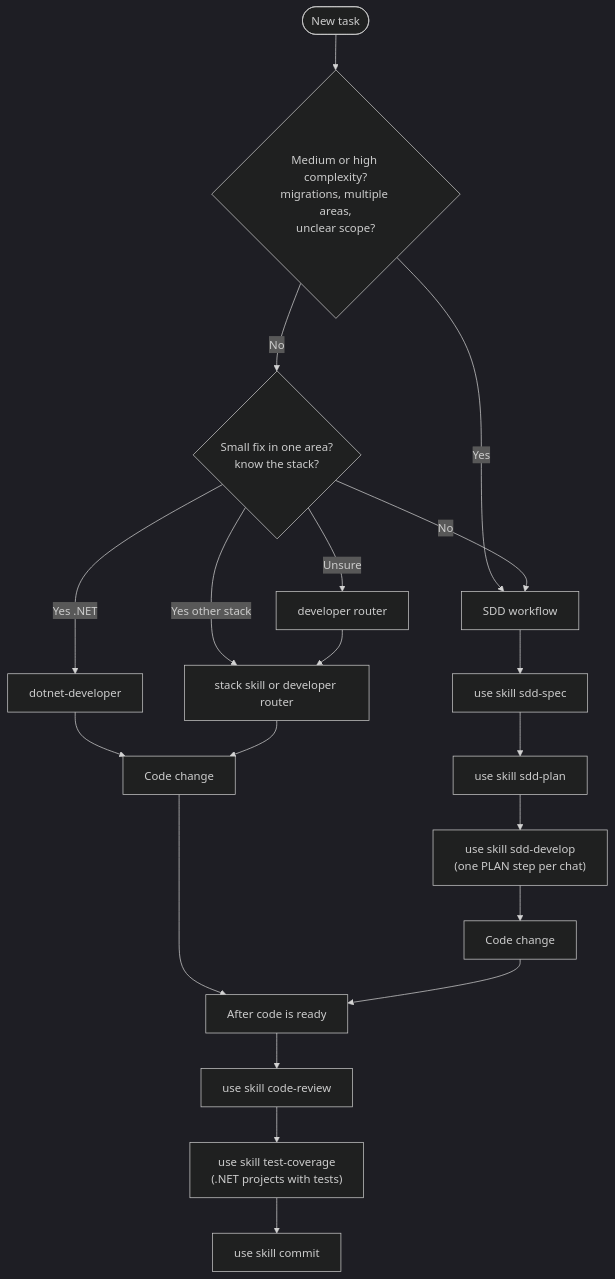
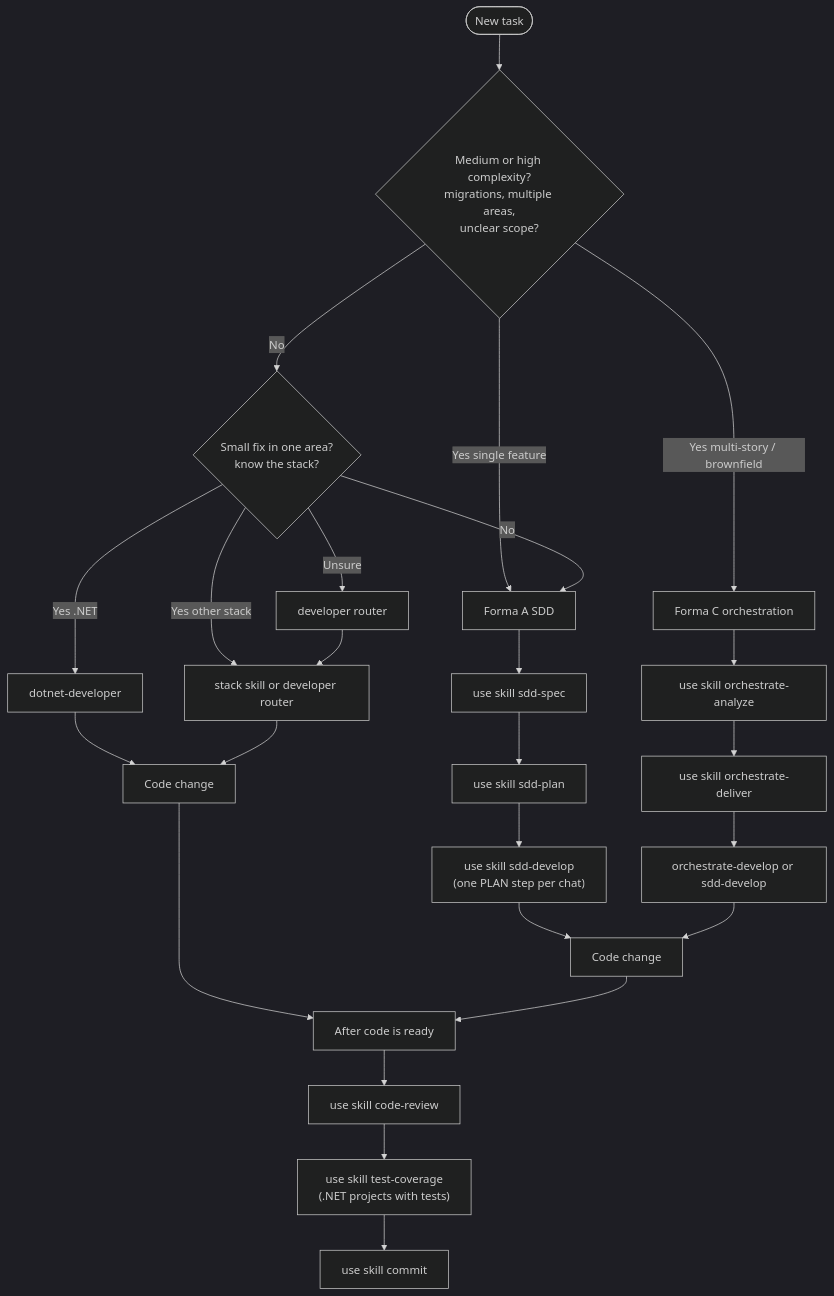
Before and after one commit to tibursocampos/cursor-dev-toolkit: the diagram in docs/guides/README.md, drawn with Mermaid (dark theme). The commit also changed other lines of this file and 7 other files, not shown here.

First line of the commit message:
docs: catalog forma C and orchestration guide

````diff
--- a/docs/guides/README.md
+++ b/docs/guides/README.md
@@ -25,22 +25,27 @@
 ```mermaid
 flowchart TD
   Start([New task]) --> Q1{Medium or high complexity?<br/>migrations, multiple areas,<br/>unclear scope?}
-  Q1 -->|Yes| SDD[SDD workflow]
+  Q1 -->|Yes multi-story / brownfield| FC[Forma C orchestration]
+  Q1 -->|Yes single feature| SDD[Forma A SDD]
   Q1 -->|No| Q2{Small fix in one area?<br/>know the stack?}
   Q2 -->|Yes .NET| NET[dotnet-developer]
   Q2 -->|Yes other stack| STACK[stack skill or developer router]
   Q2 -->|Unsure| DEV[developer router]
   Q2 -->|No| SDD
   DEV --> STACK
+  FC --> O1["use skill orchestrate-analyze"]
+  O1 --> O2["use skill orchestrate-deliver"]
+  O2 --> O3["orchestrate-develop or sdd-develop"]
   SDD --> Spec["use skill sdd-spec"]
   Spec --> Plan["use skill sdd-plan"]
   Plan --> Impl["use skill sdd-develop<br/>(one PLAN step per chat)"]
   NET --> DoneNet[Code change]
   STACK --> DoneNet
   Impl --> DoneSdd[Code change]
+  O3 --> DoneSdd
   DoneNet --> Post
   DoneSdd --> Post
   Post[After code is ready] --> CR["use skill code-review"]
   CR --> TC["use skill test-coverage<br/>(.NET projects with tests)"]
   TC --> Commit["use skill commit"]
 ```
````
